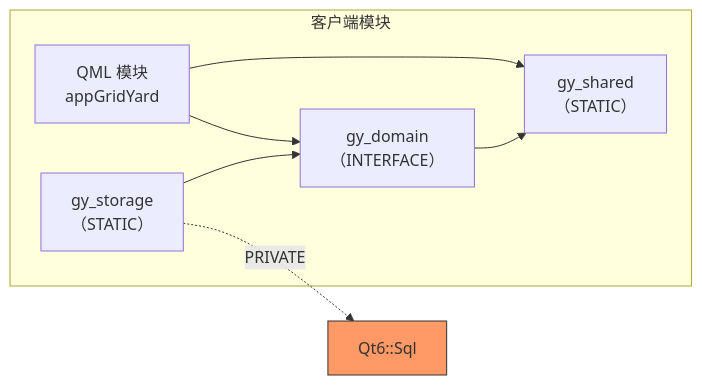
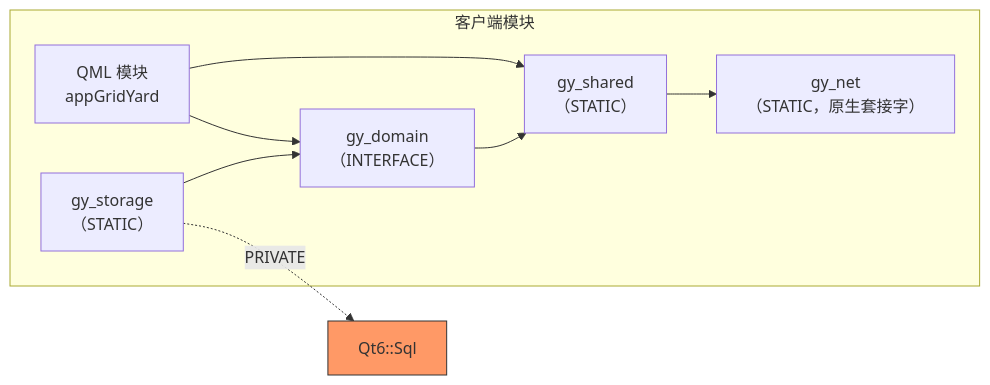
The second of 9 diagrams in README.md (Gsheep0729/GridYard), drawn with Mermaid before and after one commit. The commit also changed other lines of this file and 9 other files, not shown here.

````diff
--- a/README.md
+++ b/README.md
@@ -180,17 +181,19 @@
 ```mermaid
 graph LR
     subgraph 客户端模块
         QML["QML 模块<br/>appGridYard"]
         DOM_LIB["gy_domain<br/>（INTERFACE）"]
         STORAGE_LIB["gy_storage<br/>（STATIC）"]
         SHARED_LIB["gy_shared<br/>（STATIC）"]
+        NET_LIB["gy_net<br/>（STATIC，原生套接字）"]
     end
 
     QML --> DOM_LIB
     QML --> SHARED_LIB
     STORAGE_LIB --> DOM_LIB
     STORAGE_LIB -.->|"PRIVATE"| QTSQL["Qt6::Sql"]
     DOM_LIB --> SHARED_LIB
+    SHARED_LIB --> NET_LIB
 
     style QTSQL fill:#f96,stroke:#333
 ```
````
